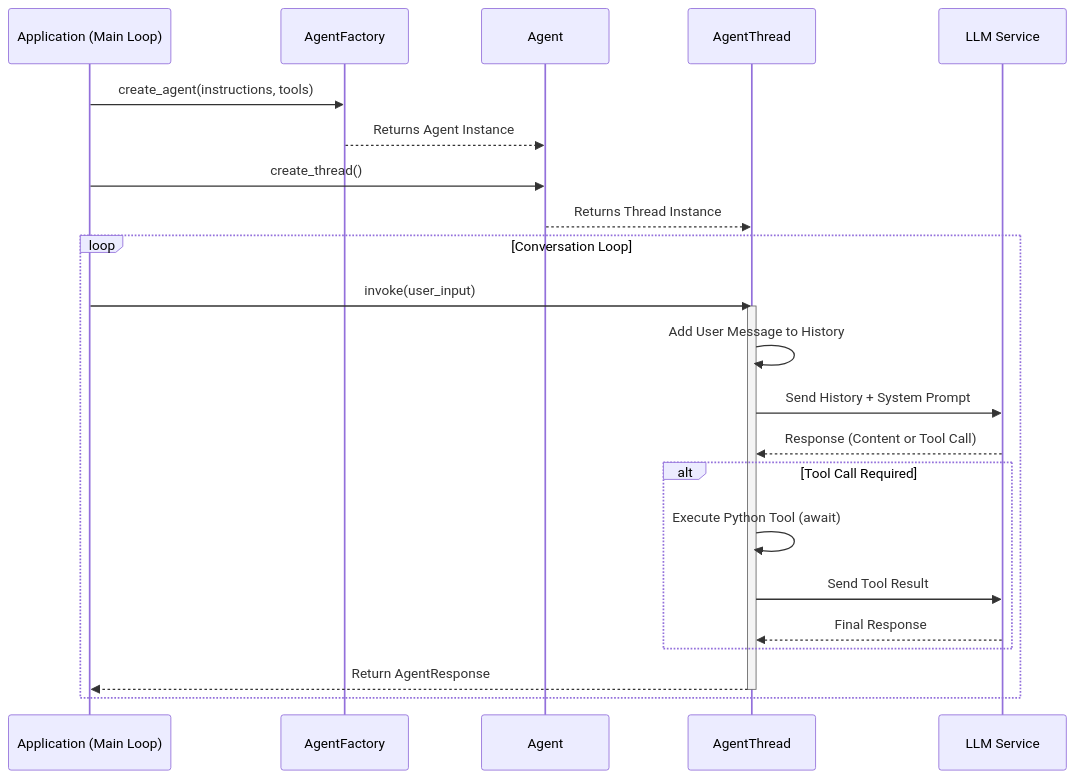
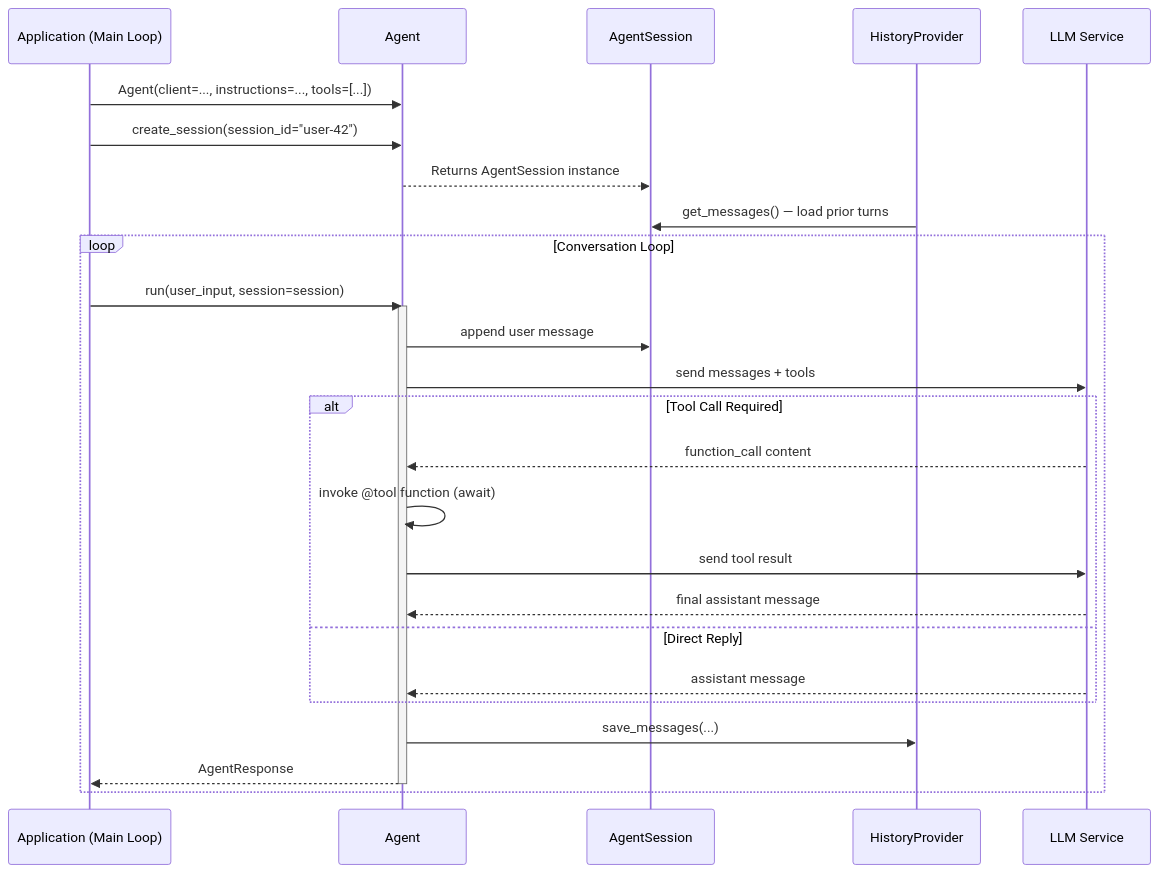
Before and after one commit to CodeHalwell/agent-guides: the second of 5 diagrams in src/content/docs/microsoft-agent-framework-guide/python/microsoft_agent_framework_python_diagrams.md, drawn with Mermaid. The commit also changed other lines of this file and 1 other file, not shown here.

First line of the commit message:
docs(microsoft-agent-framework): add edge-group routing, WorkflowViz, and Executor patterns

````diff
--- a/src/content/docs/microsoft-agent-framework-guide/python/microsoft_agent_framework_python_diagrams.md
+++ b/src/content/docs/microsoft-agent-framework-guide/python/microsoft_agent_framework_python_diagrams.md
@@ -46,31 +46,35 @@
 ```mermaid
 sequenceDiagram
     participant App as Application (Main Loop)
-    participant Factory as AgentFactory
     participant Agent as Agent
-    participant Thread as AgentThread
+    participant Session as AgentSession
+    participant Provider as HistoryProvider
     participant LLM as LLM Service
 
-    App->>Factory: create_agent(instructions, tools)
-    Factory-->>Agent: Returns Agent Instance
-    
-    App->>Agent: create_thread()
-    Agent-->>Thread: Returns Thread Instance
-    
+    App->>Agent: Agent(client=..., instructions=..., tools=[...])
+
+    App->>Agent: create_session(session_id="user-42")
+    Agent-->>Session: Returns AgentSession instance
+
+    Provider->>Session: get_messages() — load prior turns
+
     loop Conversation Loop
-        App->>Thread: invoke(user_input)
-        activate Thread
-        Thread->>Thread: Add User Message to History
-        Thread->>LLM: Send History + System Prompt
-        LLM-->>Thread: Response (Content or Tool Call)
-        
+        App->>Agent: run(user_input, session=session)
+        activate Agent
+        Agent->>Session: append user message
+        Agent->>LLM: send messages + tools
+
         alt Tool Call Required
-            Thread->>Thread: Execute Python Tool (await)
-            Thread->>LLM: Send Tool Result
-            LLM-->>Thread: Final Response
+            LLM-->>Agent: function_call content
+            Agent->>Agent: invoke @tool function (await)
+            Agent->>LLM: send tool result
+            LLM-->>Agent: final assistant message
+        else Direct Reply
+            LLM-->>Agent: assistant message
         end
-        
-        Thread-->>App: Return AgentResponse
-        deactivate Thread
+
+        Agent->>Provider: save_messages(...)
+        Agent-->>App: AgentResponse
+        deactivate Agent
     end
 ```
````
